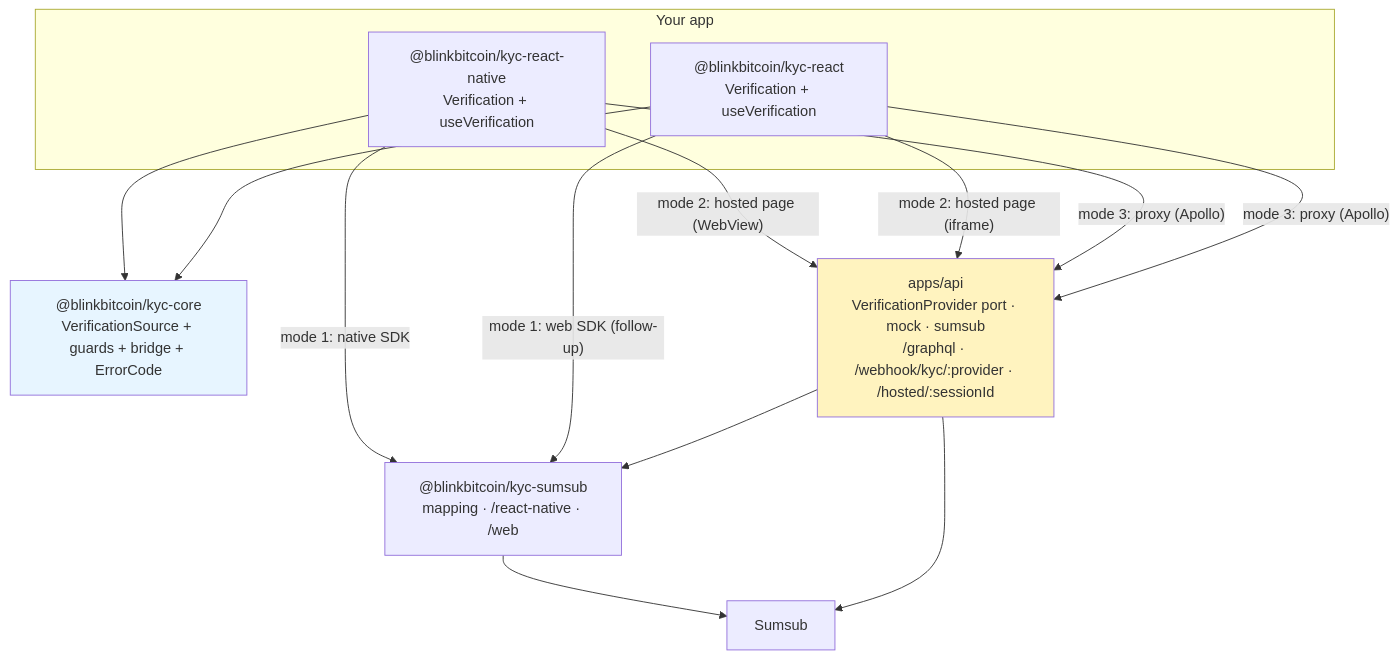
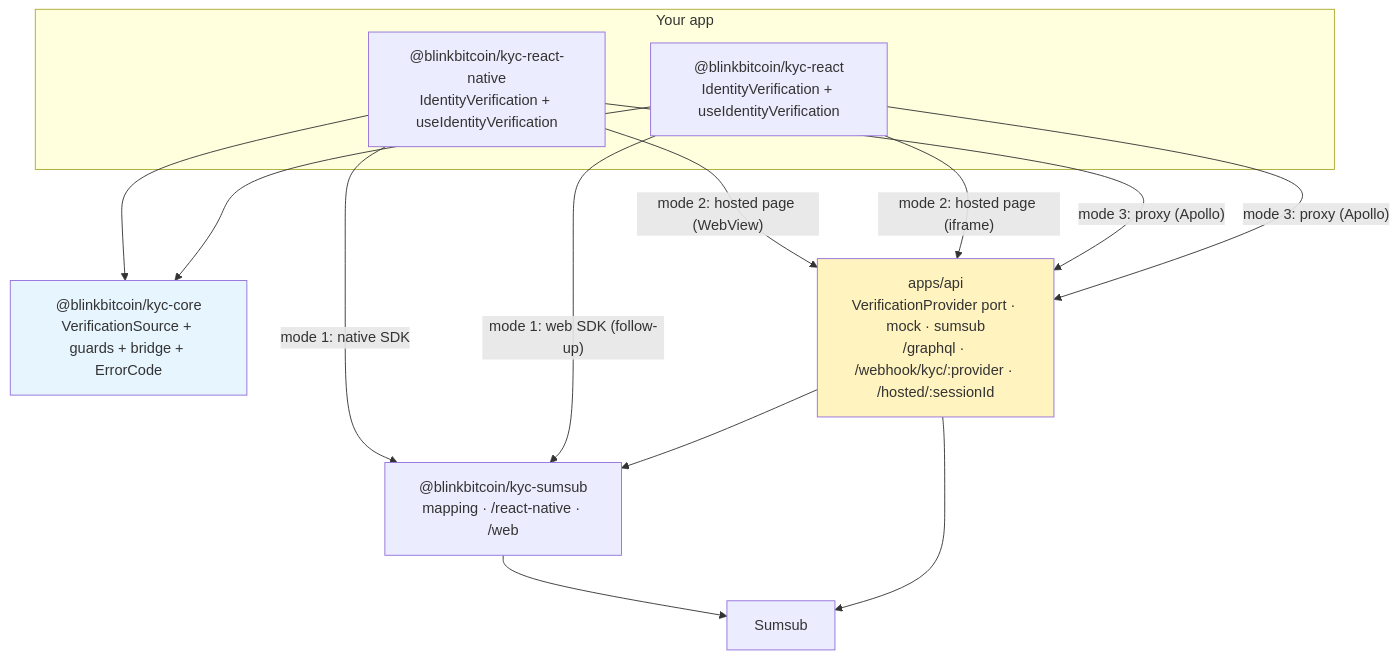
The diagram in docs/superpowers/plans/2026-09-05-kyc-bootstrap.md (blinkbitcoin/kyc), drawn with Mermaid before and after one commit. The commit also changed other lines of this file and 37 other files, not shown here.

First line of the commit message:
docs: the component is IdentityVerification everywhere, and a hero that shows identity verification

````diff
--- a/docs/superpowers/plans/2026-09-05-kyc-bootstrap.md
+++ b/docs/superpowers/plans/2026-09-05-kyc-bootstrap.md
@@ -2553,24 +2553,24 @@
 ```mermaid
 flowchart TB
   subgraph host["Your app"]
-    RN["@blinkbitcoin/kyc-react-native<br/>Verification + useVerification"]
-    WEB["@blinkbitcoin/kyc-react<br/>Verification + useVerification"]
+    RN["@blinkbitcoin/kyc-react-native<br/>IdentityVerification + useIdentityVerification"]
+    WEB["@blinkbitcoin/kyc-react<br/>IdentityVerification + useIdentityVerification"]
   end
   CORE["@blinkbitcoin/kyc-core<br/>VerificationSource + guards + bridge + ErrorCode"]
   SUMSUB["@blinkbitcoin/kyc-sumsub<br/>mapping · /react-native · /web"]
   API["apps/api<br/>VerificationProvider port · mock · sumsub<br/>/graphql · /webhook/kyc/:provider · /hosted/:sessionId"]
   PROVIDER["Sumsub"]
   RN --> CORE
   WEB --> CORE
   RN -- "mode 1: native SDK" --> SUMSUB
   WEB -- "mode 1: web SDK (follow-up)" --> SUMSUB
   RN -- "mode 2: hosted page (WebView)" --> API
   WEB -- "mode 2: hosted page (iframe)" --> API
   RN -- "mode 3: proxy (Apollo)" --> API
   WEB -- "mode 3: proxy (Apollo)" --> API
   SUMSUB --> PROVIDER
   API --> SUMSUB
   API --> PROVIDER
   style CORE fill:#e7f5ff
   style API fill:#fff3bf
 ```
````
